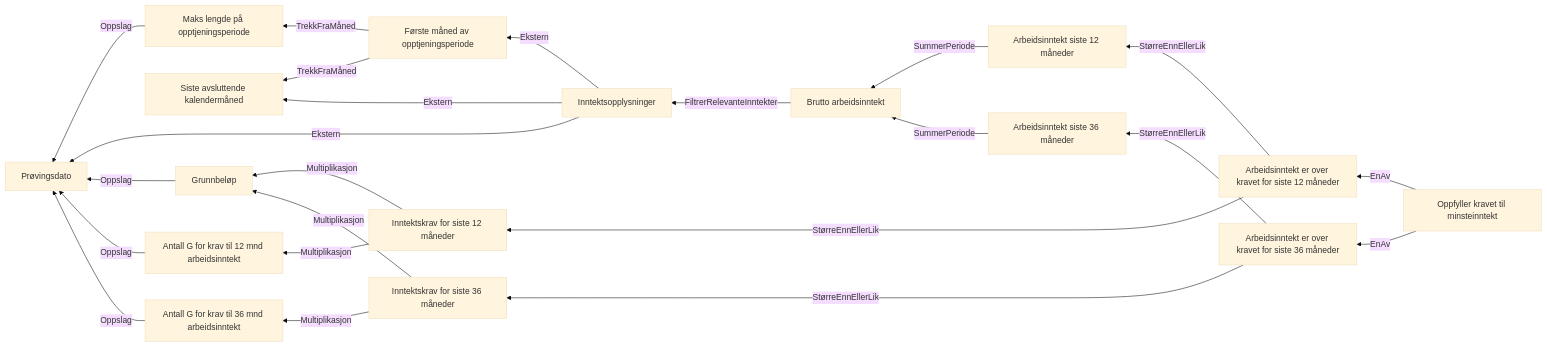
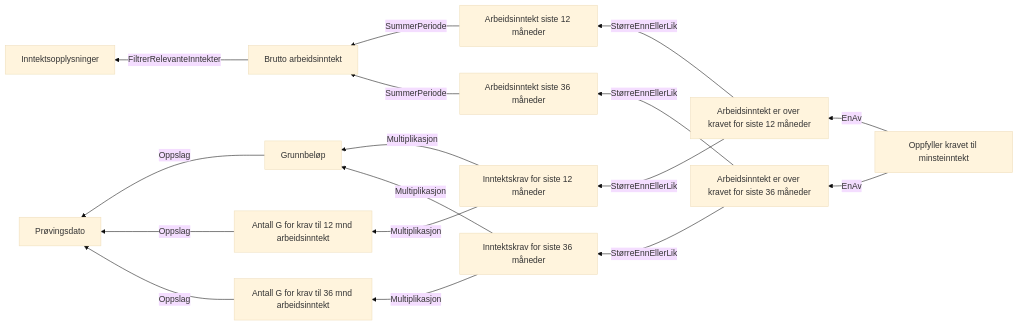
Before and after one commit to navikt/dp-behandling: the diagram in docs/regler/§ 4-4. Krav til minsteinntekt.approved.md, drawn with Mermaid (base theme). The commit also changed 8 other files, not shown here.

````diff
--- a/docs/regler/§ 4-4. Krav til minsteinntekt.approved.md
+++ b/docs/regler/§ 4-4. Krav til minsteinntekt.approved.md
@@ -5,25 +5,19 @@
 ```mermaid
 graph RL
-  A["Maks lengde på opptjeningsperiode"] -->|"Oppslag"| B["Prøvingsdato"]
-  C["Første måned av opptjeningsperiode"] -->|"TrekkFraMåned"| D["Siste avsluttende kalendermåned"]
-  C["Første måned av opptjeningsperiode"] -->|"TrekkFraMåned"| A["Maks lengde på opptjeningsperiode"]
-  E["Inntektsopplysninger"] -->|"Ekstern"| B["Prøvingsdato"]
-  E["Inntektsopplysninger"] -->|"Ekstern"| D["Siste avsluttende kalendermåned"]
-  E["Inntektsopplysninger"] -->|"Ekstern"| C["Første måned av opptjeningsperiode"]
-  F["Brutto arbeidsinntekt"] -->|"FiltrerRelevanteInntekter"| E["Inntektsopplysninger"]
-  G["Grunnbeløp"] -->|"Oppslag"| B["Prøvingsdato"]
-  H["Arbeidsinntekt siste 12 måneder"] -->|"SummerPeriode"| F["Brutto arbeidsinntekt"]
-  I["Antall G for krav til 12 mnd arbeidsinntekt"] -->|"Oppslag"| B["Prøvingsdato"]
-  J["Inntektskrav for siste 12 måneder"] -->|"Multiplikasjon"| G["Grunnbeløp"]
-  J["Inntektskrav for siste 12 måneder"] -->|"Multiplikasjon"| I["Antall G for krav til 12 mnd arbeidsinntekt"]
-  K["Arbeidsinntekt er over kravet for siste 12 måneder"] -->|"StørreEnnEllerLik"| H["Arbeidsinntekt siste 12 måneder"]
-  K["Arbeidsinntekt er over kravet for siste 12 måneder"] -->|"StørreEnnEllerLik"| J["Inntektskrav for siste 12 måneder"]
-  L["Arbeidsinntekt siste 36 måneder"] -->|"SummerPeriode"| F["Brutto arbeidsinntekt"]
-  M["Antall G for krav til 36 mnd arbeidsinntekt"] -->|"Oppslag"| B["Prøvingsdato"]
-  N["Inntektskrav for siste 36 måneder"] -->|"Multiplikasjon"| G["Grunnbeløp"]
-  N["Inntektskrav for siste 36 måneder"] -->|"Multiplikasjon"| M["Antall G for krav til 36 mnd arbeidsinntekt"]
-  O["Arbeidsinntekt er over kravet for siste 36 måneder"] -->|"StørreEnnEllerLik"| L["Arbeidsinntekt siste 36 måneder"]
-  O["Arbeidsinntekt er over kravet for siste 36 måneder"] -->|"StørreEnnEllerLik"| N["Inntektskrav for siste 36 måneder"]
-  P["Oppfyller kravet til minsteinntekt"] -->|"EnAv"| K["Arbeidsinntekt er over kravet for siste 12 måneder"]
-  P["Oppfyller kravet til minsteinntekt"] -->|"EnAv"| O["Arbeidsinntekt er over kravet for siste 36 måneder"]
+  A["Brutto arbeidsinntekt"] -->|"FiltrerRelevanteInntekter"| B["Inntektsopplysninger"]
+  C["Grunnbeløp"] -->|"Oppslag"| D["Prøvingsdato"]
+  E["Arbeidsinntekt siste 12 måneder"] -->|"SummerPeriode"| A["Brutto arbeidsinntekt"]
+  F["Antall G for krav til 12 mnd arbeidsinntekt"] -->|"Oppslag"| D["Prøvingsdato"]
+  G["Inntektskrav for siste 12 måneder"] -->|"Multiplikasjon"| C["Grunnbeløp"]
+  G["Inntektskrav for siste 12 måneder"] -->|"Multiplikasjon"| F["Antall G for krav til 12 mnd arbeidsinntekt"]
+  H["Arbeidsinntekt er over kravet for siste 12 måneder"] -->|"StørreEnnEllerLik"| E["Arbeidsinntekt siste 12 måneder"]
+  H["Arbeidsinntekt er over kravet for siste 12 måneder"] -->|"StørreEnnEllerLik"| G["Inntektskrav for siste 12 måneder"]
+  I["Arbeidsinntekt siste 36 måneder"] -->|"SummerPeriode"| A["Brutto arbeidsinntekt"]
+  J["Antall G for krav til 36 mnd arbeidsinntekt"] -->|"Oppslag"| D["Prøvingsdato"]
+  K["Inntektskrav for siste 36 måneder"] -->|"Multiplikasjon"| C["Grunnbeløp"]
+  K["Inntektskrav for siste 36 måneder"] -->|"Multiplikasjon"| J["Antall G for krav til 36 mnd arbeidsinntekt"]
+  L["Arbeidsinntekt er over kravet for siste 36 måneder"] -->|"StørreEnnEllerLik"| I["Arbeidsinntekt siste 36 måneder"]
+  L["Arbeidsinntekt er over kravet for siste 36 måneder"] -->|"StørreEnnEllerLik"| K["Inntektskrav for siste 36 måneder"]
+  M["Oppfyller kravet til minsteinntekt"] -->|"EnAv"| H["Arbeidsinntekt er over kravet for siste 12 måneder"]
+  M["Oppfyller kravet til minsteinntekt"] -->|"EnAv"| L["Arbeidsinntekt er over kravet for siste 36 måneder"]
 ```
````
